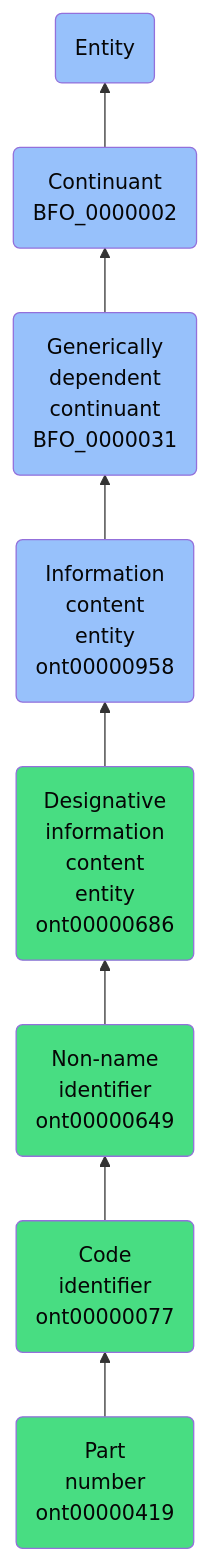
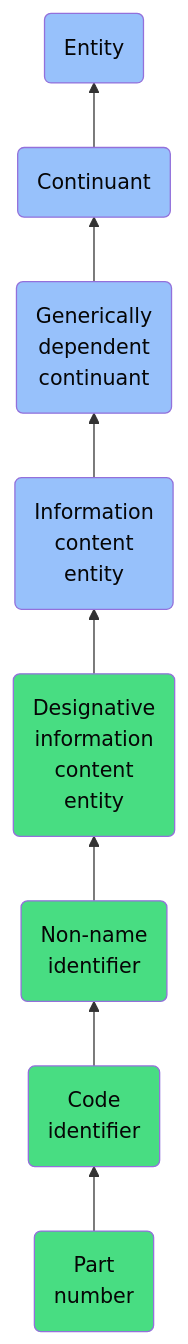
One commit to jupyter-naas/abi changed the diagram in docs/ontology/reference/model/Entity/Continuant/Generically dependent continuant/Information content entity/Designative information content entity/Non-name identifier/Code identifier/Part number/Part number.md. Above: the diagram before and after it, drawn with Mermaid. The commit also changed other lines of this file and 1430 other files, not shown here.

````diff
--- a/docs/ontology/reference/model/Entity/Continuant/Generically dependent continuant/Information content entity/Designative information content entity/Non-name identifier/Code identifier/Part number/Part number.md
+++ b/docs/ontology/reference/model/Entity/Continuant/Generically dependent continuant/Information content entity/Designative information content entity/Non-name identifier/Code identifier/Part number/Part number.md
@@ -24,15 +24,15 @@
 ```mermaid
 graph BT
-    ont00000419(Part<br>number<br>ont00000419):::ABI-->ont00000077
-    ont00000077(Code<br>identifier<br>ont00000077):::ABI-->ont00000649
-    ont00000649(Non-name<br>identifier<br>ont00000649):::ABI-->ont00000686
-    ont00000686(Designative<br>information<br>content<br>entity<br>ont00000686):::ABI-->ont00000958
-    ont00000958(Information<br>content<br>entity<br>ont00000958):::BFO-->BFO_0000031
-    BFO_0000031(Generically<br>dependent<br>continuant<br>BFO_0000031):::BFO-->BFO_0000002
-    BFO_0000002(Continuant<br>BFO_0000002):::BFO-->BFO_0000001
+    ont00000419(Part<br>number):::ABI-->ont00000077
+    ont00000077(Code<br>identifier):::ABI-->ont00000649
+    ont00000649(Non-name<br>identifier):::ABI-->ont00000686
+    ont00000686(Designative<br>information<br>content<br>entity):::ABI-->ont00000958
+    ont00000958(Information<br>content<br>entity):::BFO-->BFO_0000031
+    BFO_0000031(Generically<br>dependent<br>continuant):::BFO-->BFO_0000002
+    BFO_0000002(Continuant):::BFO-->BFO_0000001
     BFO_0000001(Entity):::BFO
     
     classDef BFO fill:#97c1fb,color:#060606
     classDef CCO fill:#e4c51e,color:#060606
     classDef ABI fill:#48DD82,color:#060606
 ```
````
